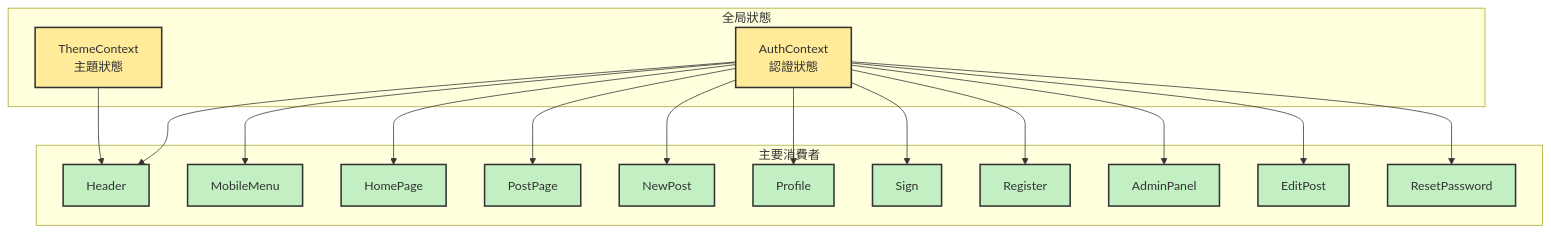
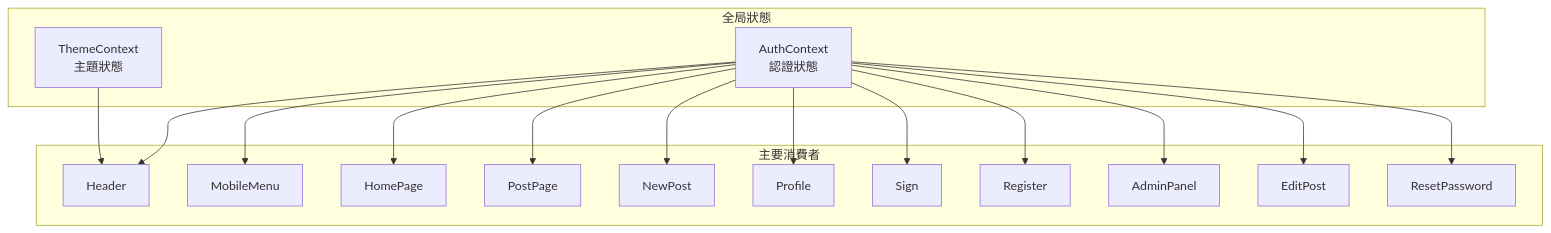
One commit to roy4222/SoulNet changed the fourth of 9 diagrams in README.md. Above: the diagram before and after it, drawn with Mermaid. The commit also changed other lines of this file, not shown here.

Commit message:
Refactor README component diagrams by removing unnecessary class definitions to improve readability and streamline the presentation of component relationships.

````diff
--- a/README.md
+++ b/README.md
@@ -148,41 +135,35 @@
 ```mermaid
 graph TD
     subgraph Contexts[全局狀態]
         AC[AuthContext<br/>認證狀態]
         TC[ThemeContext<br/>主題狀態]
     end
     
     subgraph Consumers[主要消費者]
         HD[Header]
         MM[MobileMenu]
         HP[HomePage]
         PP[PostPage]
         NP[NewPost]
         PF[Profile]
         SG[Sign]
         RG[Register]
         AP[AdminPanel]
         EP[EditPost]
         RP[ResetPassword]
     end
     
     AC --> HD
     AC --> MM
     AC --> HP
     AC --> PP
     AC --> NP
     AC --> PF
     AC --> SG
     AC --> RG
     AC --> AP
     AC --> EP
     AC --> RP
     
     TC --> HD
-    
-    classDef context fill:#ffeb99,stroke:#333,stroke-width:2px
-    classDef consumer fill:#c2f0c2,stroke:#333,stroke-width:2px
-    
-    class AC,TC context
-    class HD,MM,HP,PP,NP,PF,SG,RG,AP,EP,RP consumer
 ```
````
